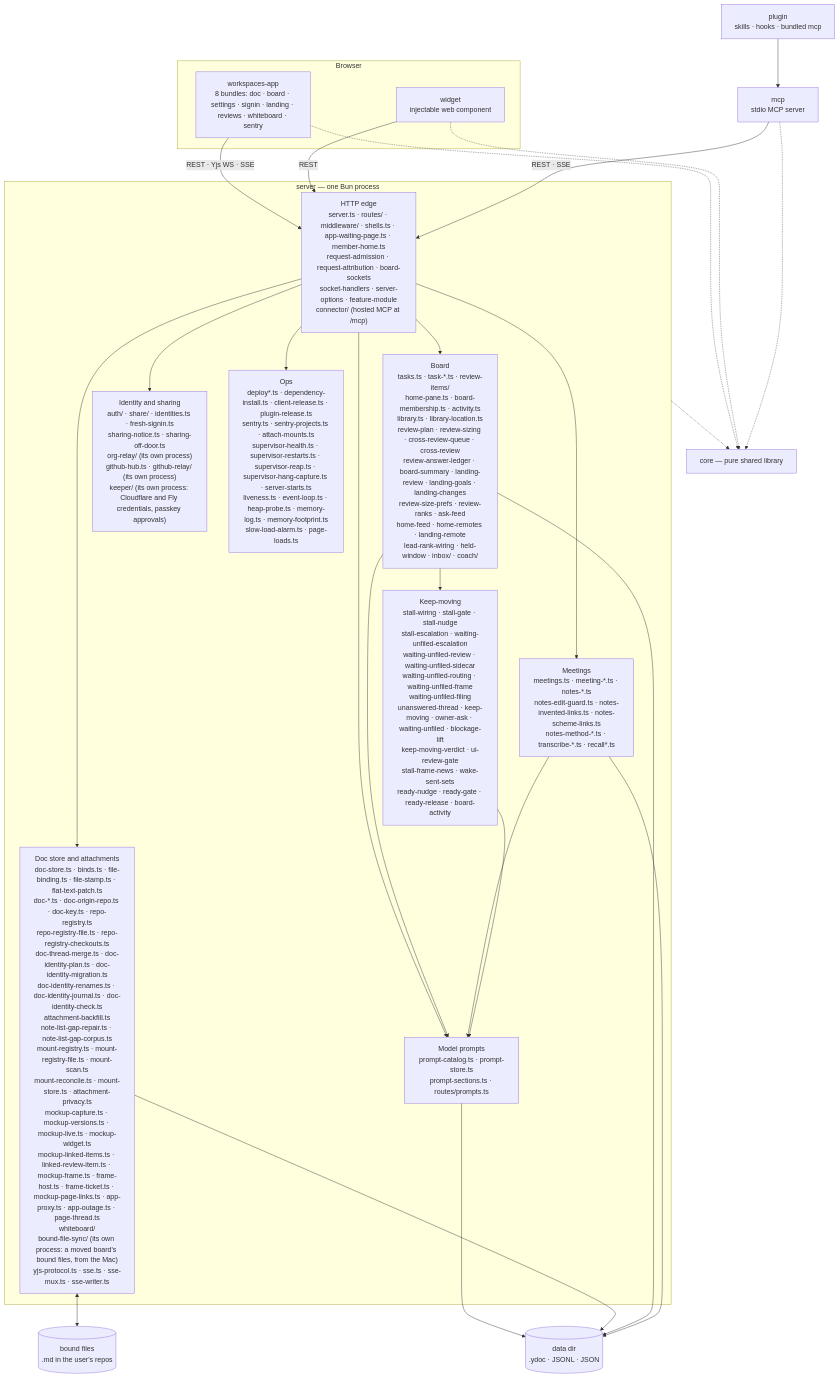
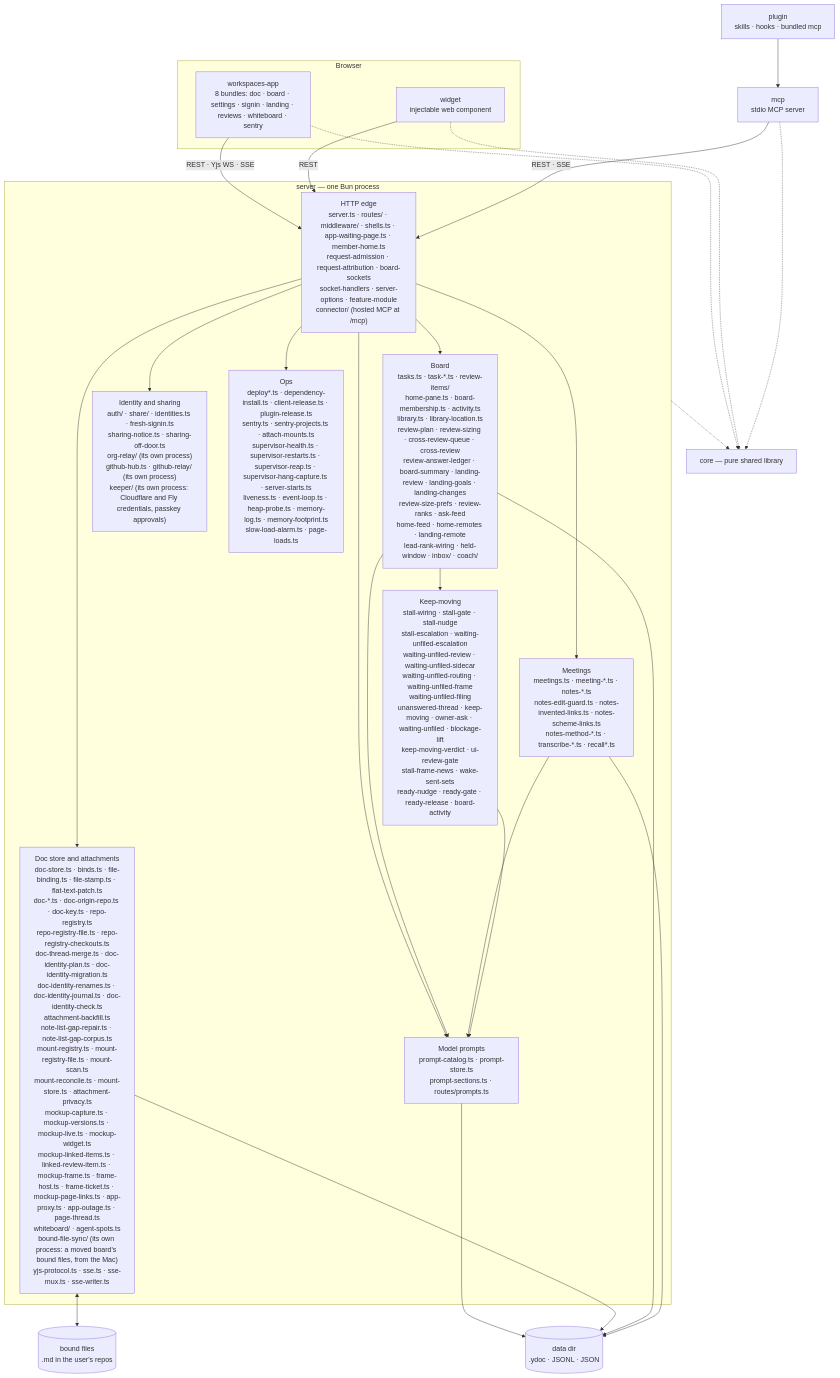
Before and after one commit to fryanpan/claude-workspaces-plugin: the first of 2 diagrams in docs/architecture/overview.md, drawn with Mermaid. The commit also changed other lines of this file and 37 other files, not shown here.

````diff
--- a/docs/architecture/overview.md
+++ b/docs/architecture/overview.md
@@ -45,35 +45,35 @@
 ```mermaid
 flowchart TB
   subgraph browser[Browser]
     app["workspaces-app<br/>8 bundles: doc · board · settings · signin · landing · reviews · whiteboard · sentry"]
     wid["widget<br/>injectable web component"]
   end
   plug["plugin<br/>skills · hooks · bundled mcp"]
   mcp["mcp<br/>stdio MCP server"]
   subgraph srv["server — one Bun process"]
     edge["HTTP edge<br/>server.ts · routes/ · middleware/ · shells.ts · app-waiting-page.ts · member-home.ts<br/>request-admission · request-attribution · board-sockets<br/>socket-handlers · server-options · feature-module<br/>connector/ (hosted MCP at /mcp)"]
-    docs["Doc store and attachments<br/>doc-store.ts · binds.ts · file-binding.ts · file-stamp.ts · flat-text-patch.ts<br/>doc-*.ts · doc-origin-repo.ts · doc-key.ts · repo-registry.ts<br/>repo-registry-file.ts · repo-registry-checkouts.ts<br/>doc-thread-merge.ts · doc-identity-plan.ts · doc-identity-migration.ts<br/>doc-identity-renames.ts · doc-identity-journal.ts · doc-identity-check.ts<br/>attachment-backfill.ts<br/>note-list-gap-repair.ts · note-list-gap-corpus.ts<br/>mount-registry.ts · mount-registry-file.ts · mount-scan.ts<br/>mount-reconcile.ts · mount-store.ts · attachment-privacy.ts<br/>mockup-capture.ts · mockup-versions.ts · mockup-live.ts · mockup-widget.ts<br/>mockup-linked-items.ts · linked-review-item.ts · mockup-frame.ts · frame-host.ts · frame-ticket.ts · mockup-page-links.ts · app-proxy.ts · app-outage.ts · page-thread.ts<br/>whiteboard/<br/>bound-file-sync/ (its own process: a moved board's bound files, from the Mac)<br/>yjs-protocol.ts · sse.ts · sse-mux.ts · sse-writer.ts"]
+    docs["Doc store and attachments<br/>doc-store.ts · binds.ts · file-binding.ts · file-stamp.ts · flat-text-patch.ts<br/>doc-*.ts · doc-origin-repo.ts · doc-key.ts · repo-registry.ts<br/>repo-registry-file.ts · repo-registry-checkouts.ts<br/>doc-thread-merge.ts · doc-identity-plan.ts · doc-identity-migration.ts<br/>doc-identity-renames.ts · doc-identity-journal.ts · doc-identity-check.ts<br/>attachment-backfill.ts<br/>note-list-gap-repair.ts · note-list-gap-corpus.ts<br/>mount-registry.ts · mount-registry-file.ts · mount-scan.ts<br/>mount-reconcile.ts · mount-store.ts · attachment-privacy.ts<br/>mockup-capture.ts · mockup-versions.ts · mockup-live.ts · mockup-widget.ts<br/>mockup-linked-items.ts · linked-review-item.ts · mockup-frame.ts · frame-host.ts · frame-ticket.ts · mockup-page-links.ts · app-proxy.ts · app-outage.ts · page-thread.ts<br/>whiteboard/ · agent-spots.ts<br/>bound-file-sync/ (its own process: a moved board's bound files, from the Mac)<br/>yjs-protocol.ts · sse.ts · sse-mux.ts · sse-writer.ts"]
     board["Board<br/>tasks.ts · task-*.ts · review-items/<br/>home-pane.ts · board-membership.ts · activity.ts<br/>library.ts · library-location.ts<br/>review-plan · review-sizing · cross-review-queue · cross-review<br/>review-answer-ledger · board-summary · landing-review · landing-goals · landing-changes<br/>review-size-prefs · review-ranks · ask-feed<br/>home-feed · home-remotes · landing-remote<br/>lead-rank-wiring · held-window · inbox/ · coach/"]
     meet["Meetings<br/>meetings.ts · meeting-*.ts · notes-*.ts<br/>notes-edit-guard.ts · notes-invented-links.ts · notes-scheme-links.ts<br/>notes-method-*.ts · transcribe-*.ts · recall*.ts"]
     keep["Keep-moving<br/>stall-wiring · stall-gate · stall-nudge<br/>stall-escalation · waiting-unfiled-escalation<br/>waiting-unfiled-review · waiting-unfiled-sidecar<br/>waiting-unfiled-routing · waiting-unfiled-frame<br/>waiting-unfiled-filing<br/>unanswered-thread · keep-moving · owner-ask · waiting-unfiled · blockage-lift<br/>keep-moving-verdict · ui-review-gate<br/>stall-frame-news · wake-sent-sets<br/>ready-nudge · ready-gate · ready-release · board-activity"]
     ident["Identity and sharing<br/>auth/ · share/ · identities.ts · fresh-signin.ts<br/>sharing-notice.ts · sharing-off-door.ts<br/>org-relay/ (its own process)<br/>github-hub.ts · github-relay/ (its own process)<br/>keeper/ (its own process: Cloudflare and Fly credentials, passkey approvals)"]
     prompts["Model prompts<br/>prompt-catalog.ts · prompt-store.ts<br/>prompt-sections.ts · routes/prompts.ts"]
     ops["Ops<br/>deploy*.ts · dependency-install.ts · client-release.ts · plugin-release.ts<br/>sentry.ts · sentry-projects.ts · attach-mounts.ts<br/>supervisor-health.ts · supervisor-restarts.ts · supervisor-reap.ts · supervisor-hang-capture.ts · server-starts.ts<br/>liveness.ts · event-loop.ts · heap-probe.ts · memory-log.ts · memory-footprint.ts<br/>slow-load-alarm.ts · page-loads.ts"]
   end
   core["core — pure shared library"]
   disk[("data dir<br/>.ydoc · JSONL · JSON")]
   files[("bound files<br/>.md in the user's repos")]
 
   app -->|"REST · Yjs WS · SSE"| edge
   wid -->|REST| edge
   plug --> mcp
   mcp -->|"REST · SSE"| edge
   edge --> docs & board & meet & ident & ops & prompts
   board & meet & keep --> prompts
   prompts --> disk
   board --> keep
   docs <--> files
   docs & board & meet --> disk
   app & wid & mcp -.-> core
   srv -.-> core
 ```
````
